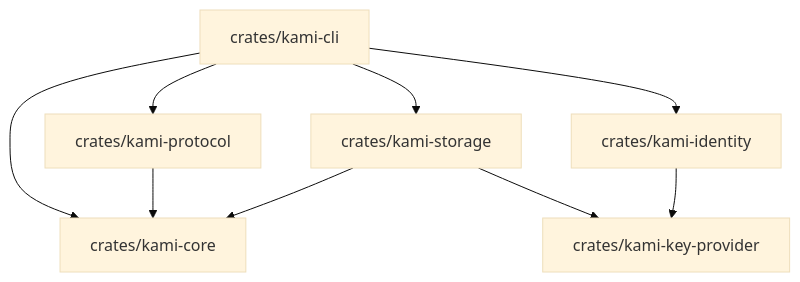
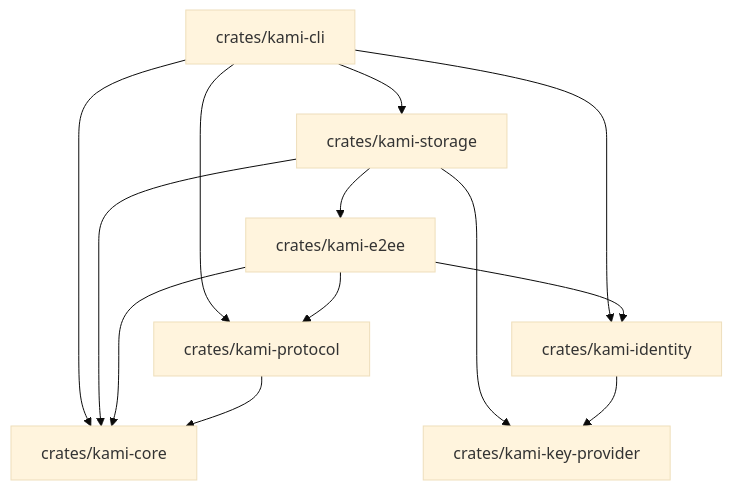
Before and after one commit to PraxiSophia/kami: the diagram in knowledge/Code Analyzing/Code Analysis Home.md, drawn with Mermaid (base theme). The commit also changed other lines of this file and 60 other files, not shown here.

````diff
--- a/knowledge/Code Analyzing/Code Analysis Home.md
+++ b/knowledge/Code Analyzing/Code Analysis Home.md
@@ -57,14 +73,18 @@
 ```mermaid
 graph TD
     CLI[crates/kami-cli] --> CORE[crates/kami-core]
     CLI --> PROTO[crates/kami-protocol]
     CLI --> STORAGE[crates/kami-storage]
     CLI --> IDENTITY[crates/kami-identity]
 
     STORAGE --> CORE
     STORAGE --> KEYPROV[crates/kami-key-provider]
+    STORAGE --> E2EE[crates/kami-e2ee]
+
+    E2EE --> CORE
+    E2EE --> IDENTITY
+    E2EE --> PROTO
 
     IDENTITY --> KEYPROV
-
     PROTO --> CORE
 ```
````
